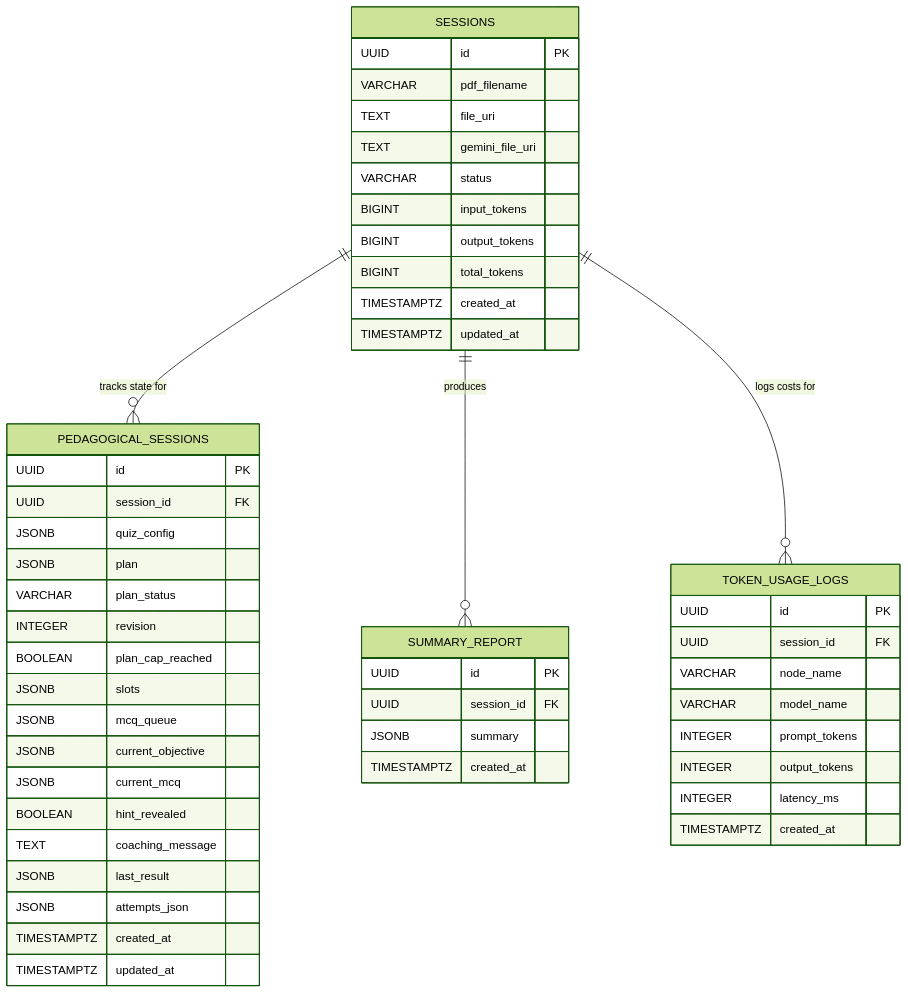
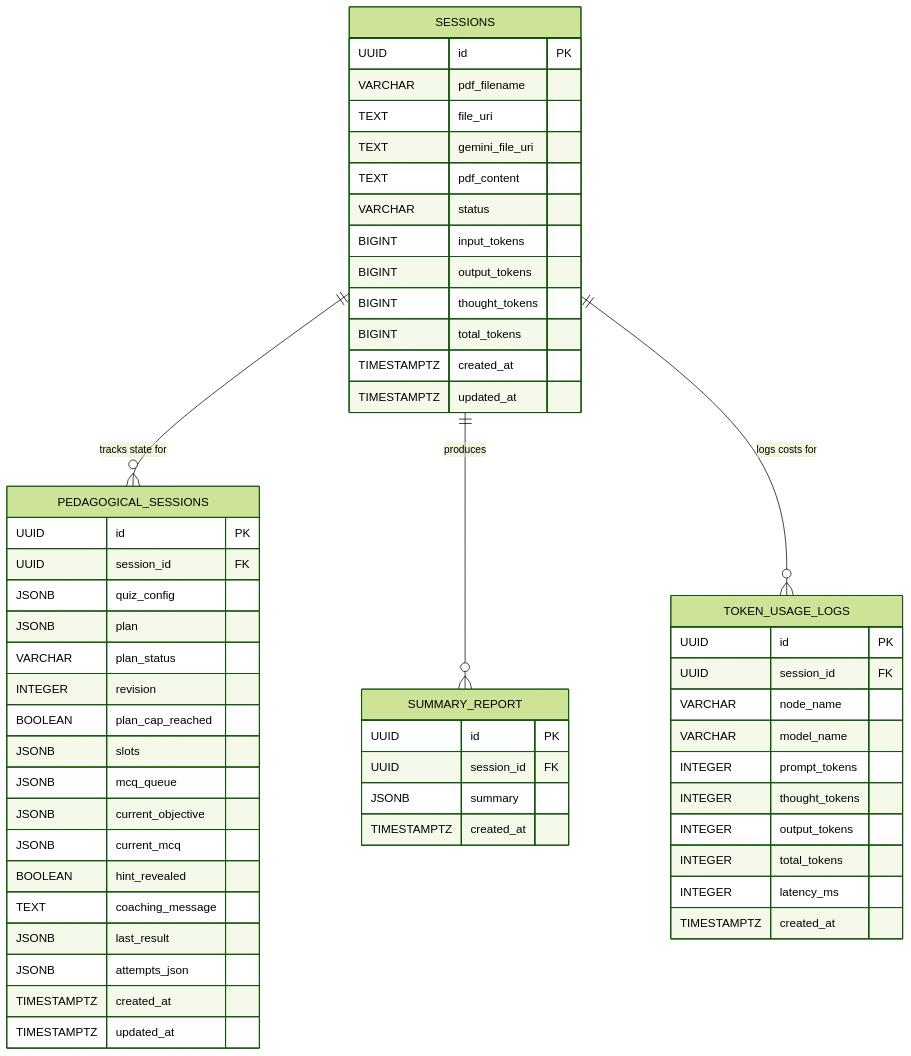
Before and after one commit to Kaos599/QuizLoop: the diagram in docs/DATABASE_SCHEMA.md, drawn with Mermaid (forest theme). The commit also changed other lines of this file and 86 other files, not shown here.

````diff
--- a/docs/DATABASE_SCHEMA.md
+++ b/docs/DATABASE_SCHEMA.md
@@ -5,57 +5,61 @@
 ```mermaid
 erDiagram
     SESSIONS ||--o{ PEDAGOGICAL_SESSIONS : "tracks state for"
     SESSIONS ||--o{ SUMMARY_REPORT : "produces"
     SESSIONS ||--o{ TOKEN_USAGE_LOGS : "logs costs for"
 
     SESSIONS {
         UUID id PK
         VARCHAR pdf_filename
         TEXT file_uri
         TEXT gemini_file_uri
+        TEXT pdf_content
         VARCHAR status
         BIGINT input_tokens
         BIGINT output_tokens
+        BIGINT thought_tokens
         BIGINT total_tokens
         TIMESTAMPTZ created_at
         TIMESTAMPTZ updated_at
     }
 
     PEDAGOGICAL_SESSIONS {
         UUID id PK
         UUID session_id FK
         JSONB quiz_config
         JSONB plan
         VARCHAR plan_status
         INTEGER revision
         BOOLEAN plan_cap_reached
         JSONB slots
         JSONB mcq_queue
         JSONB current_objective
         JSONB current_mcq
         BOOLEAN hint_revealed
         TEXT coaching_message
         JSONB last_result
         JSONB attempts_json
         TIMESTAMPTZ created_at
         TIMESTAMPTZ updated_at
     }
 
     SUMMARY_REPORT {
         UUID id PK
         UUID session_id FK
         JSONB summary
         TIMESTAMPTZ created_at
     }
 
     TOKEN_USAGE_LOGS {
         UUID id PK
         UUID session_id FK
         VARCHAR node_name
         VARCHAR model_name
         INTEGER prompt_tokens
+        INTEGER thought_tokens
         INTEGER output_tokens
+        INTEGER total_tokens
         INTEGER latency_ms
         TIMESTAMPTZ created_at
     }
 ```
````
